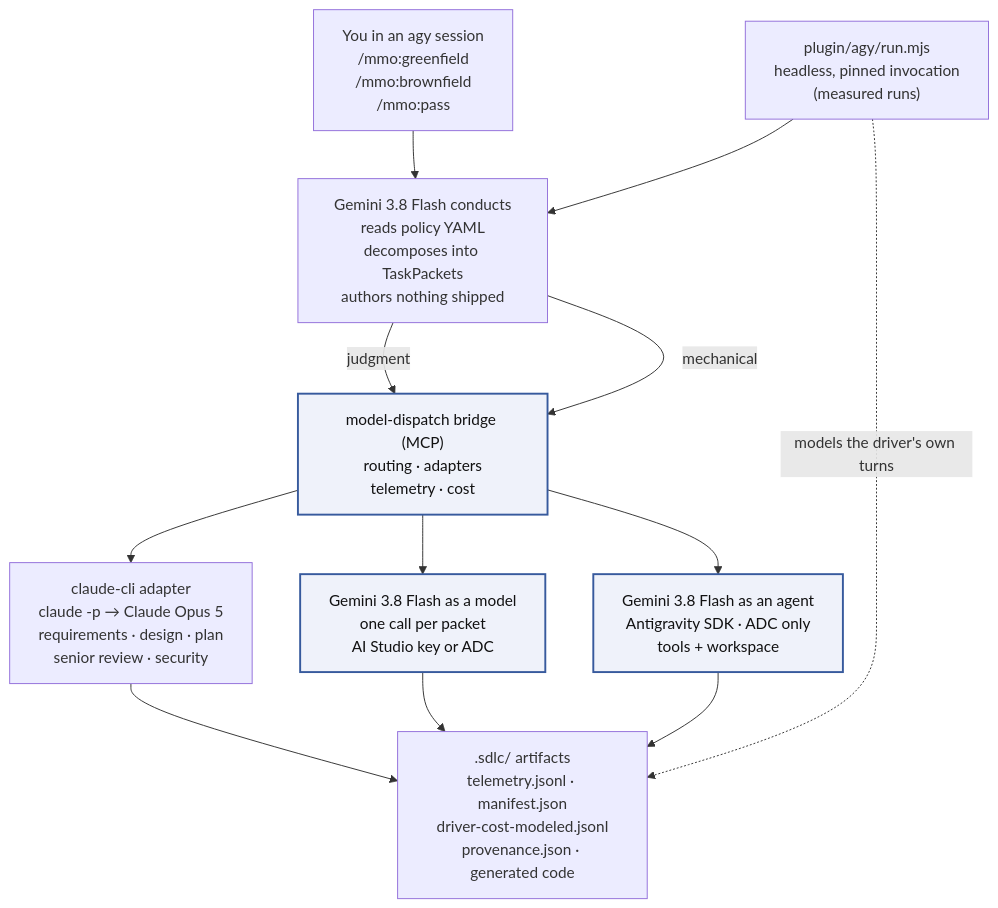
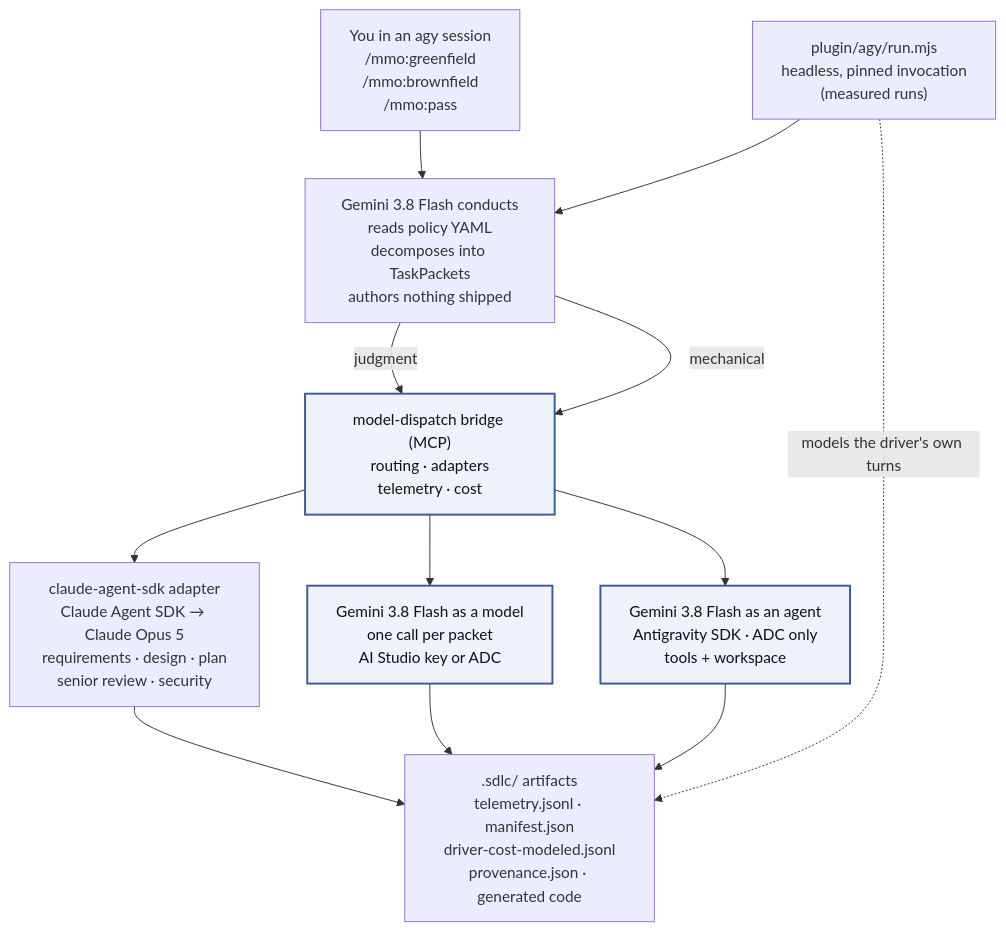
One commit to mehtasanjit/ai-sdlc-orchestrator-antigravity-harness changed the first of 3 diagrams in README.md. Above: the diagram before and after it, drawn with Mermaid. The commit also changed other lines of this file and 23 other files, not shown here.

First line of the commit message:
feat: introduce ClaudeAgentSdkAdapter for in-process Claude interactions

````diff
--- a/README.md
+++ b/README.md
@@ -29,26 +29,26 @@
 ```mermaid
 flowchart TD
     User["You in an agy session<br/>/mmo:greenfield<br/>/mmo:brownfield<br/>/mmo:pass"]
     Headless["plugin/agy/run.mjs<br/>headless, pinned invocation<br/>(measured runs)"]
     Cond["Gemini 3.8 Flash conducts<br/>reads policy YAML<br/>decomposes into TaskPackets<br/>authors nothing shipped"]
     Bridge["model-dispatch bridge (MCP)<br/>routing · adapters<br/>telemetry · cost"]
-    Opus["claude-cli adapter<br/>claude -p → Claude Opus 5<br/>requirements · design · plan<br/>senior review · security"]
+    Opus["claude-agent-sdk adapter<br/>Claude Agent SDK → Claude Opus 5<br/>requirements · design · plan<br/>senior review · security"]
     GemModel["Gemini 3.8 Flash as a model<br/>one call per packet<br/>AI Studio key or ADC"]
     GemAgent["Gemini 3.8 Flash as an agent<br/>Antigravity SDK · ADC only<br/>tools + workspace"]
     Out[".sdlc/ artifacts<br/>telemetry.jsonl · manifest.json<br/>driver-cost-modeled.jsonl<br/>provenance.json · generated code"]
 
     User --> Cond
     Headless --> Cond
     Cond -->|judgment| Bridge
     Cond -->|mechanical| Bridge
     Bridge --> Opus
     Bridge --> GemModel
     Bridge --> GemAgent
     Opus --> Out
     GemModel --> Out
     GemAgent --> Out
     Headless -.->|models the driver's own turns| Out
 
     classDef hero fill:#EFF2FA,stroke:#375A9D,stroke-width:2px,color:#111
     class Bridge,GemModel,GemAgent hero
 ```
````
